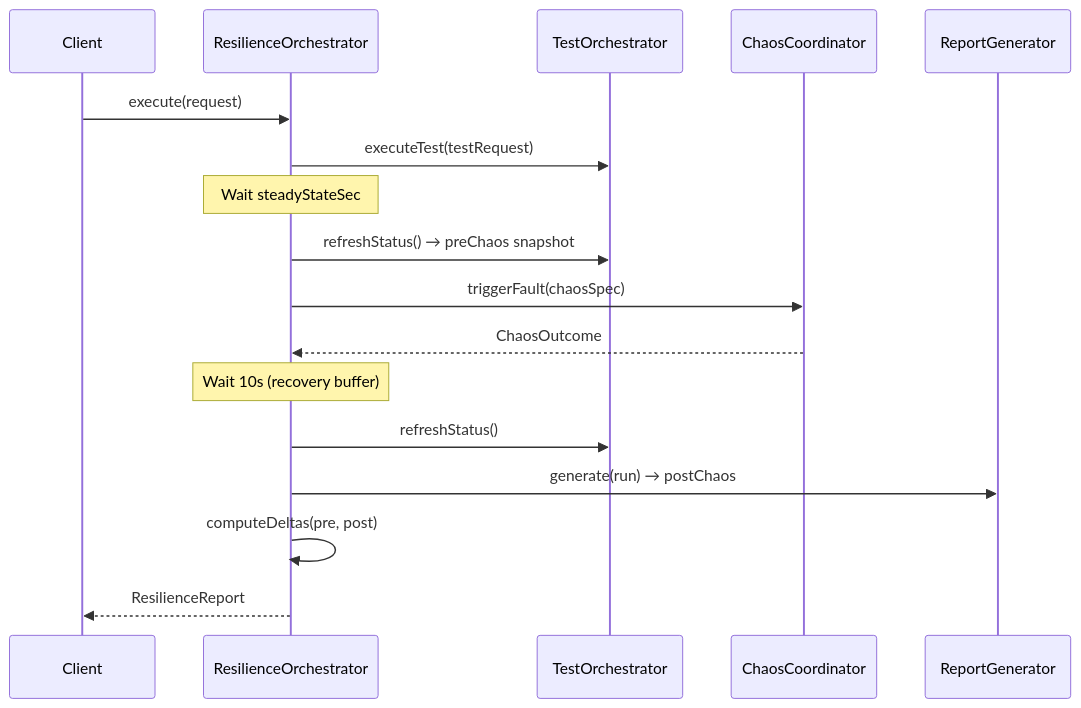
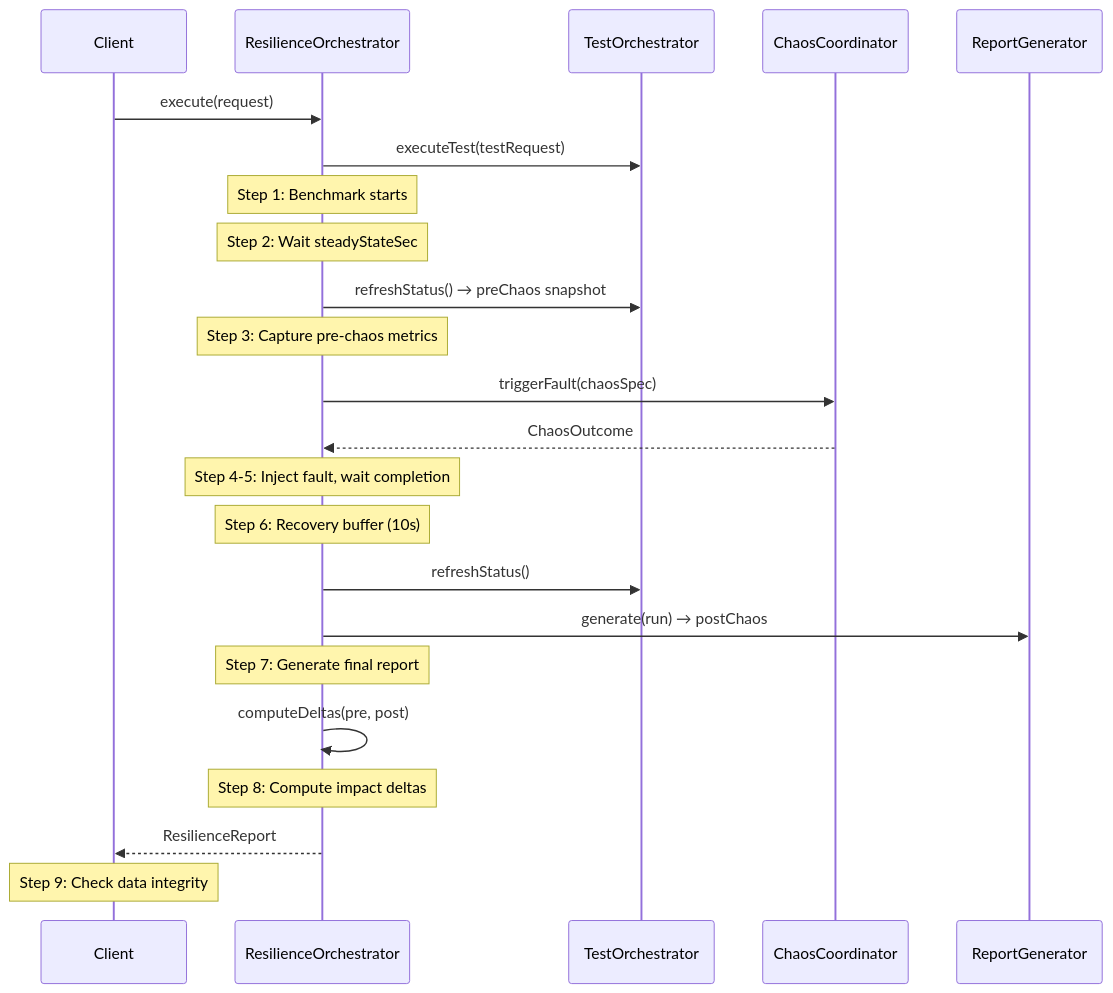
The diagram in kates/docs/resilience-testing.md (actions-marketplace-validations/bmscomp_kates), drawn with Mermaid before and after one commit. The commit also changed other lines of this file and 10 other files, not shown here.

````diff
--- a/kates/docs/resilience-testing.md
+++ b/kates/docs/resilience-testing.md
@@ -9,20 +26,26 @@
 ```mermaid
 sequenceDiagram
     participant Client
     participant Resilience as ResilienceOrchestrator
     participant Perf as TestOrchestrator
     participant Chaos as ChaosCoordinator
     participant Report as ReportGenerator
 
     Client->>Resilience: execute(request)
     Resilience->>Perf: executeTest(testRequest)
-    Note over Resilience: Wait steadyStateSec
+    Note over Resilience: Step 1: Benchmark starts
+    Note over Resilience: Step 2: Wait steadyStateSec
     Resilience->>Perf: refreshStatus() → preChaos snapshot
+    Note over Resilience: Step 3: Capture pre-chaos metrics
     Resilience->>Chaos: triggerFault(chaosSpec)
     Chaos-->>Resilience: ChaosOutcome
-    Note over Resilience: Wait 10s (recovery buffer)
+    Note over Resilience: Step 4-5: Inject fault, wait completion
+    Note over Resilience: Step 6: Recovery buffer (10s)
     Resilience->>Perf: refreshStatus()
     Resilience->>Report: generate(run) → postChaos
+    Note over Resilience: Step 7: Generate final report
     Resilience->>Resilience: computeDeltas(pre, post)
+    Note over Resilience: Step 8: Compute impact deltas
     Resilience-->>Client: ResilienceReport
+    Note over Client: Step 9: Check data integrity
 ```
````
